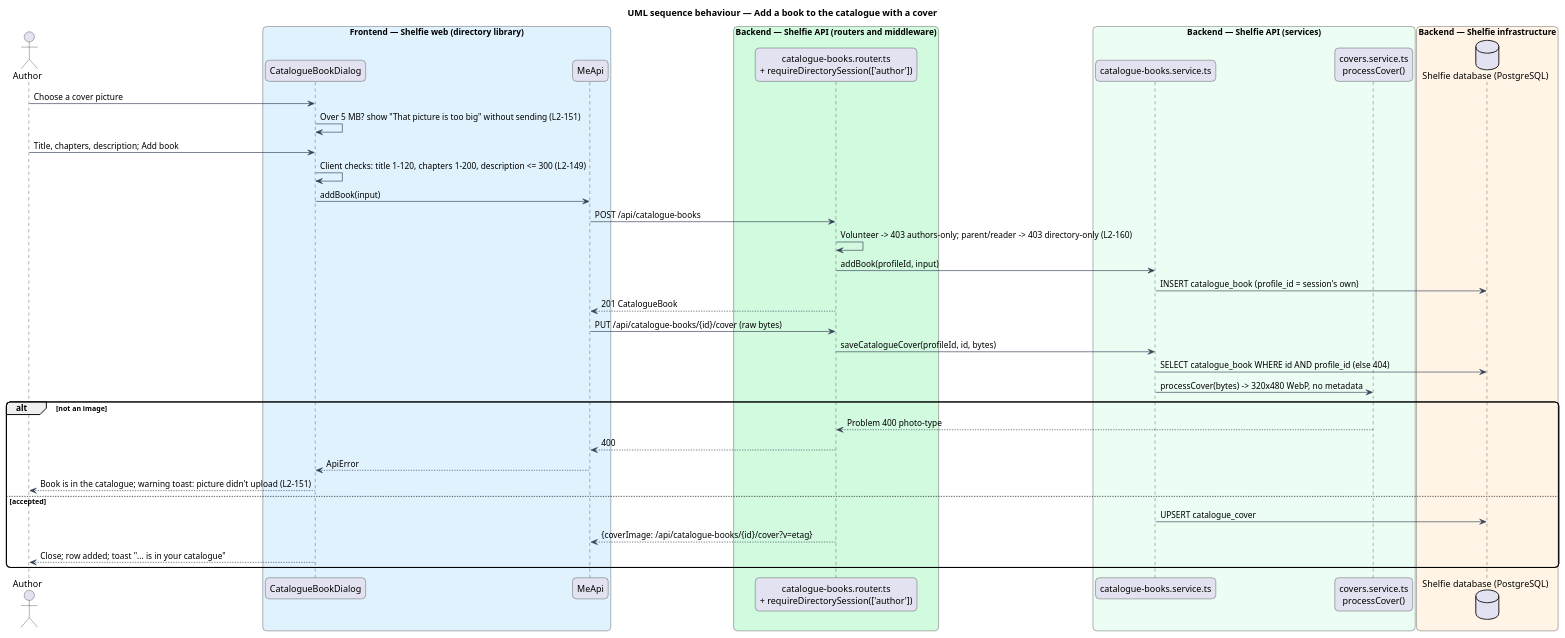
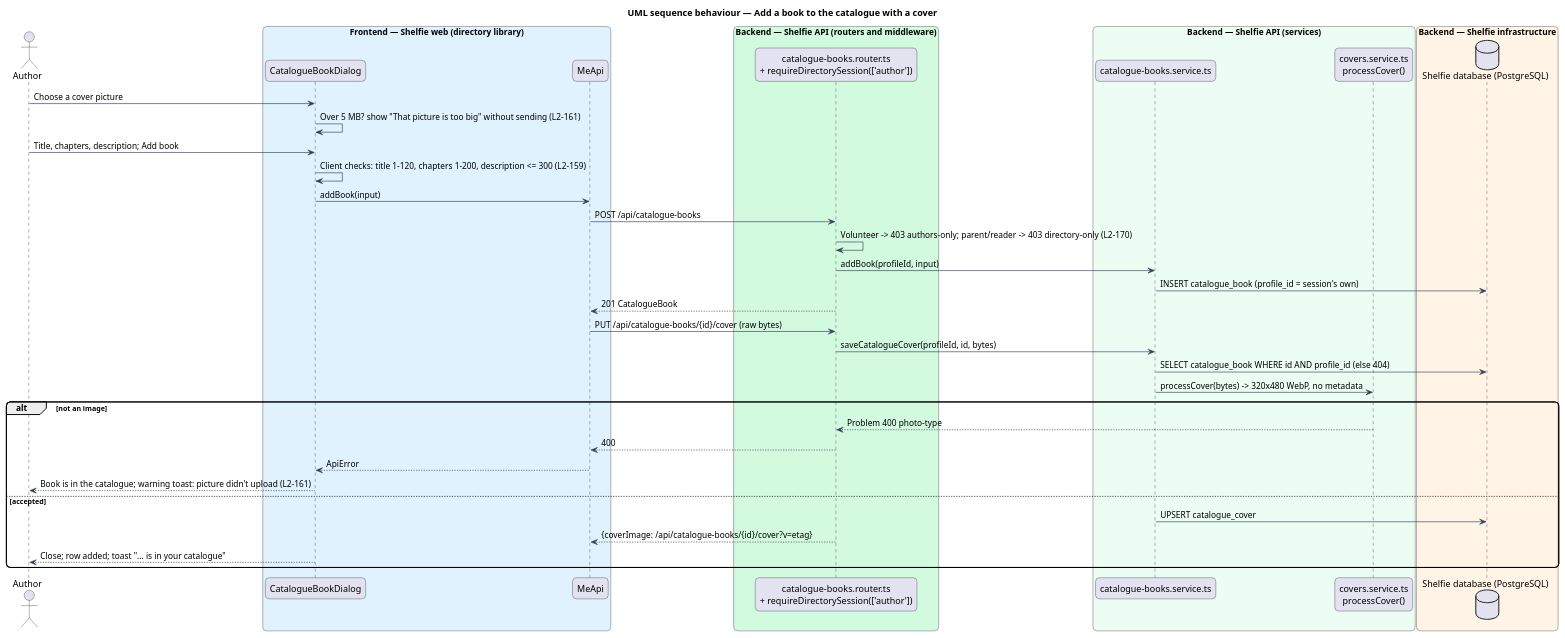
Before and after one commit to QuinntyneBrown/shelfie: the diagram in docs/detailed-designs/directory/author-profile/diagrams/sequence-catalogue-book.puml, drawn with PlantUML. The commit also changed 125 other files, not shown here.

```diff
--- a/docs/detailed-designs/directory/author-profile/diagrams/sequence-catalogue-book.puml
+++ b/docs/detailed-designs/directory/author-profile/diagrams/sequence-catalogue-book.puml
@@ -1,48 +1,48 @@
 @startuml
 title UML sequence behaviour — Add a book to the catalogue with a cover
 skinparam backgroundColor #FFFFFF
 skinparam shadowing false
 skinparam roundcorner 12
 skinparam defaultFontName Arial
 skinparam ArrowColor #344054
 actor "Author" as author
 box "Frontend — Shelfie web (directory library)" #E0F2FE
   participant "CatalogueBookDialog" as dialog
   participant "MeApi" as client
 end box
 box "Backend — Shelfie API (routers and middleware)" #D1FADF
   participant "catalogue-books.router.ts\n+ requireDirectorySession(['author'])" as router
 end box
 box "Backend — Shelfie API (services)" #ECFDF3
   participant "catalogue-books.service.ts" as service
   participant "covers.service.ts\nprocessCover()" as covers
 end box
 box "Backend — Shelfie infrastructure" #FFF4E5
   database "Shelfie database (PostgreSQL)" as db
 end box
 
 author -> dialog : Choose a cover picture
-dialog -> dialog : Over 5 MB? show "That picture is too big" without sending (L2-151)
+dialog -> dialog : Over 5 MB? show "That picture is too big" without sending (L2-161)
 author -> dialog : Title, chapters, description; Add book
-dialog -> dialog : Client checks: title 1-120, chapters 1-200, description <= 300 (L2-149)
+dialog -> dialog : Client checks: title 1-120, chapters 1-200, description <= 300 (L2-159)
 dialog -> client : addBook(input)
 client -> router : POST /api/catalogue-books
-router -> router : Volunteer -> 403 authors-only; parent/reader -> 403 directory-only (L2-160)
+router -> router : Volunteer -> 403 authors-only; parent/reader -> 403 directory-only (L2-170)
 router -> service : addBook(profileId, input)
 service -> db : INSERT catalogue_book (profile_id = session's own)
 router --> client : 201 CatalogueBook
 client -> router : PUT /api/catalogue-books/{id}/cover (raw bytes)
 router -> service : saveCatalogueCover(profileId, id, bytes)
 service -> db : SELECT catalogue_book WHERE id AND profile_id (else 404)
 service -> covers : processCover(bytes) -> 320x480 WebP, no metadata
 alt not an image
   covers --> router : Problem 400 photo-type
   router --> client : 400
   client --> dialog : ApiError
-  dialog --> author : Book is in the catalogue; warning toast: picture didn't upload (L2-151)
+  dialog --> author : Book is in the catalogue; warning toast: picture didn't upload (L2-161)
 else accepted
   service -> db : UPSERT catalogue_cover
   router --> client : {coverImage: /api/catalogue-books/{id}/cover?v=etag}
   dialog --> author : Close; row added; toast "... is in your catalogue"
 end
 @enduml
```
